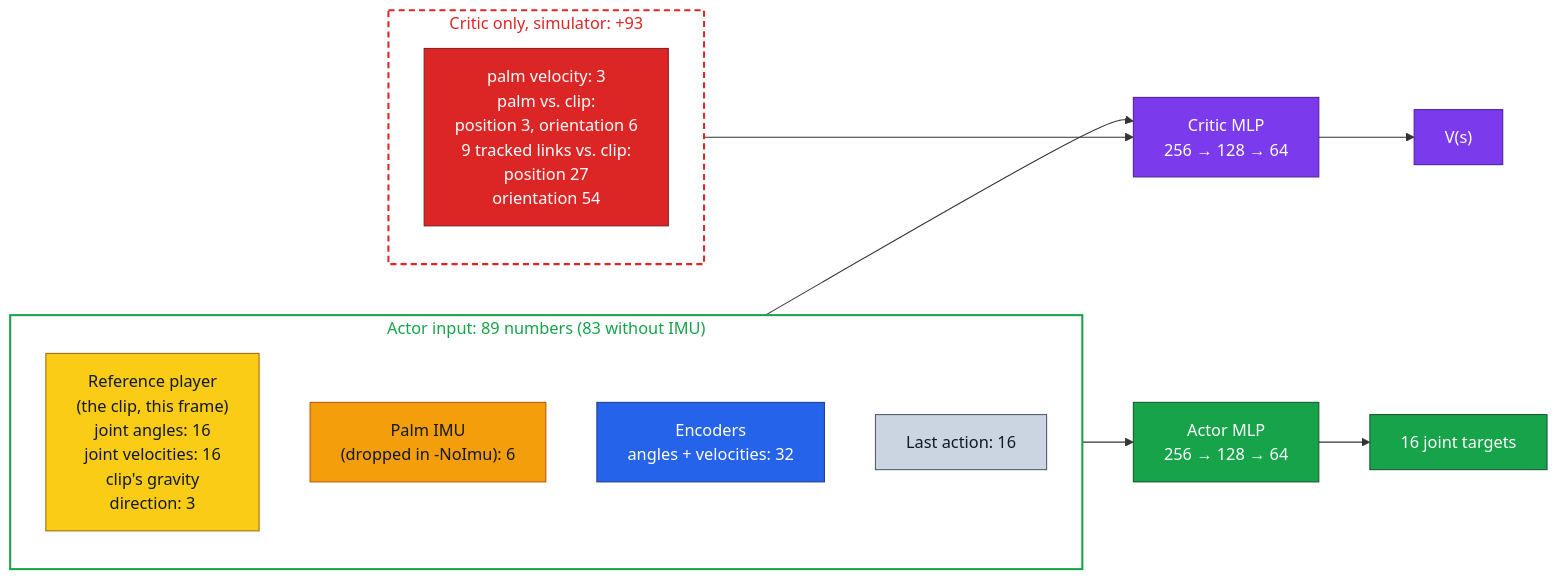
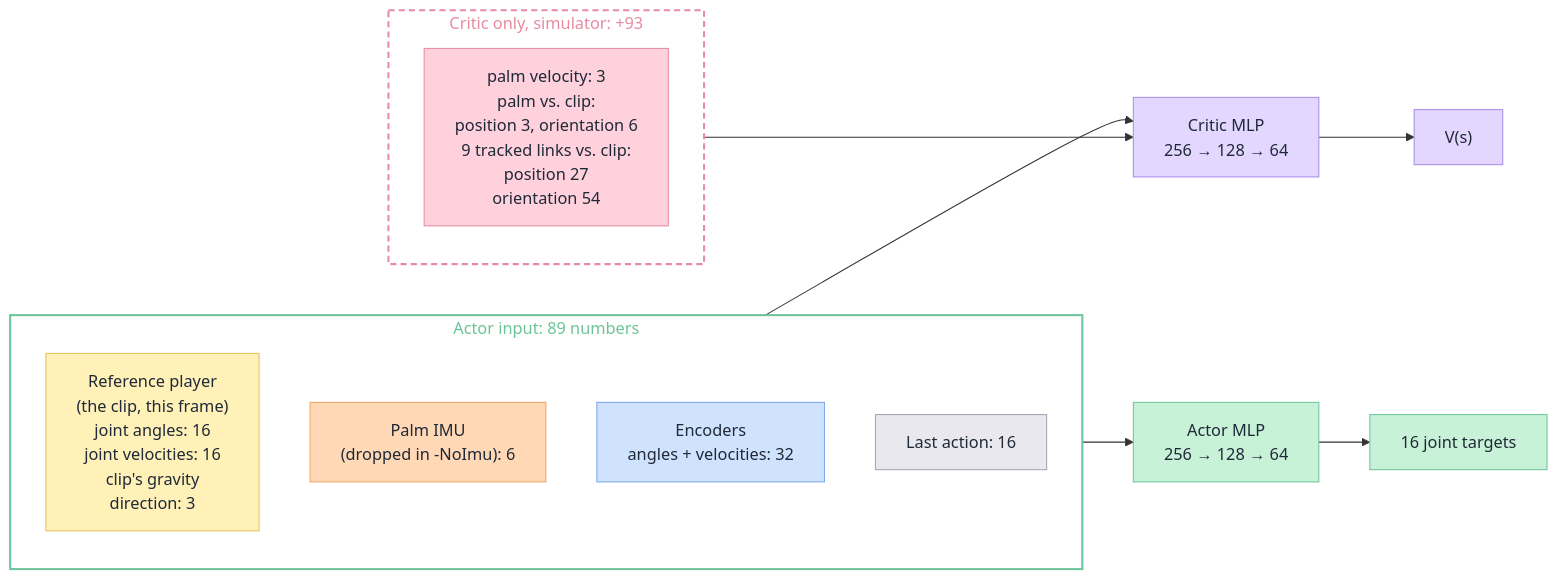
Before and after one commit to BrikHMP18/walking-leap: the fourth of 8 diagrams in docs/rl_notes.md, drawn with Mermaid. The commit also changed other lines of this file and 3 other files, not shown here.

````diff
--- a/docs/rl_notes.md
+++ b/docs/rl_notes.md
@@ -135,36 +198,36 @@
 ```mermaid
 %%{init: {"flowchart": {"wrappingWidth": 400}}}%%
 flowchart LR
-  subgraph ACT["Actor input: 89 numbers (83 without IMU)"]
+  subgraph ACT["Actor input: 89 numbers"]
     direction TB
     ref["Reference player<br/>(the clip, this frame)<br/>joint angles: 16<br/>joint velocities: 16<br/>clip's gravity<br/>direction: 3"]
     imu["Palm IMU<br/>(dropped in -NoImu): 6"]
     enc["Encoders<br/>angles + velocities: 32"]
     mem["Last action: 16"]
   end
   subgraph PRIV["Critic only, simulator: +93"]
     direction TB
     pv["palm velocity: 3<br/>palm vs. clip:<br/>position 3, orientation 6<br/>9 tracked links vs. clip:<br/>position 27<br/>orientation 54"]
   end
   ACT --> A1["Actor MLP<br/>256 → 128 → 64"]
   A1 --> A2["16 joint targets"]
   ACT --> C1["Critic MLP<br/>256 → 128 → 64"]
   PRIV --> C1
   C1 --> C2["V(s)"]
-  classDef kImu fill:#f59e0b,stroke:#b45309,color:#111827
-  classDef kEnc fill:#2563eb,stroke:#1e3a8a,color:#ffffff
-  classDef kTask fill:#facc15,stroke:#a16207,color:#111827
-  classDef kMem fill:#cbd5e1,stroke:#475569,color:#111827
-  classDef kSim fill:#dc2626,stroke:#7f1d1d,color:#ffffff
-  classDef kActor fill:#16a34a,stroke:#14532d,color:#ffffff
-  classDef kCritic fill:#7c3aed,stroke:#4c1d95,color:#ffffff
+  classDef kImu fill:#ffd8b5,stroke:#f4a261,color:#1f2937
+  classDef kEnc fill:#cfe3ff,stroke:#7aa7e8,color:#1f2937
+  classDef kTask fill:#fff1b8,stroke:#e3c25a,color:#1f2937
+  classDef kMem fill:#e8e8ee,stroke:#a3a3b2,color:#1f2937
+  classDef kSim fill:#ffd1dc,stroke:#e88aa2,color:#1f2937
+  classDef kActor fill:#c8f2d8,stroke:#6cc49a,color:#1f2937
+  classDef kCritic fill:#e3d7ff,stroke:#a98be6,color:#1f2937
   class imu kImu
   class enc kEnc
   class ref kTask
   class mem kMem
   class pv kSim
   class A1,A2 kActor
   class C1,C2 kCritic
-  style ACT fill:transparent,stroke:#16a34a,stroke-width:2px,color:#16a34a
-  style PRIV fill:transparent,stroke:#dc2626,stroke-width:2px,stroke-dasharray:6 4,color:#dc2626
+  style ACT fill:transparent,stroke:#6cc49a,stroke-width:2px,color:#6cc49a
+  style PRIV fill:transparent,stroke:#e88aa2,stroke-width:2px,stroke-dasharray:6 4,color:#e88aa2
 ```
````
